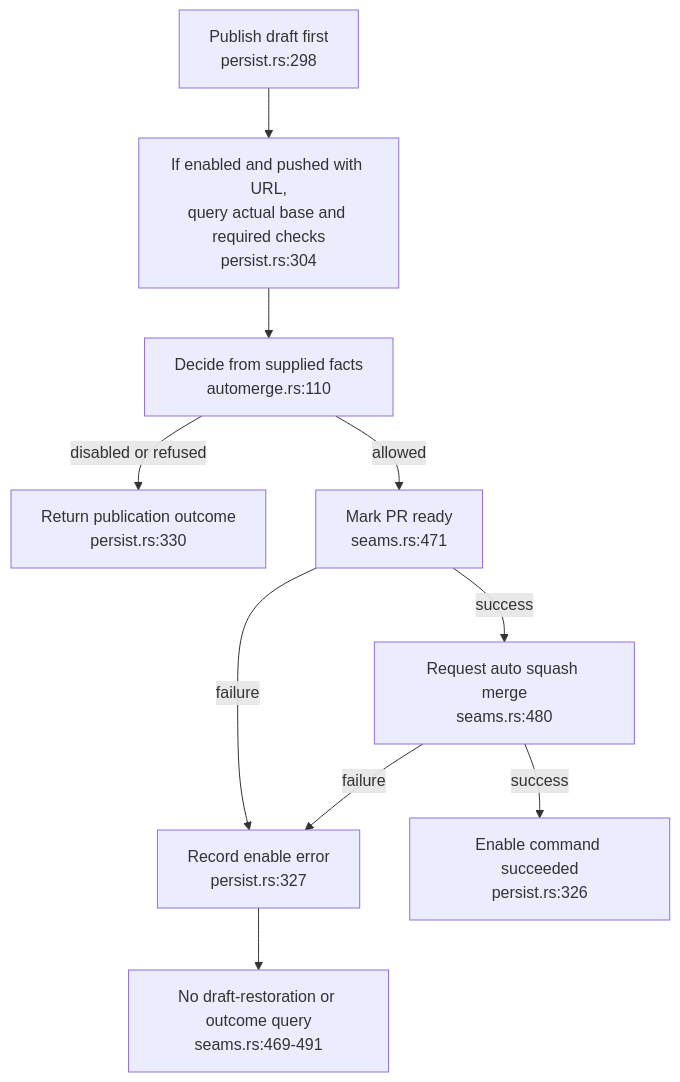
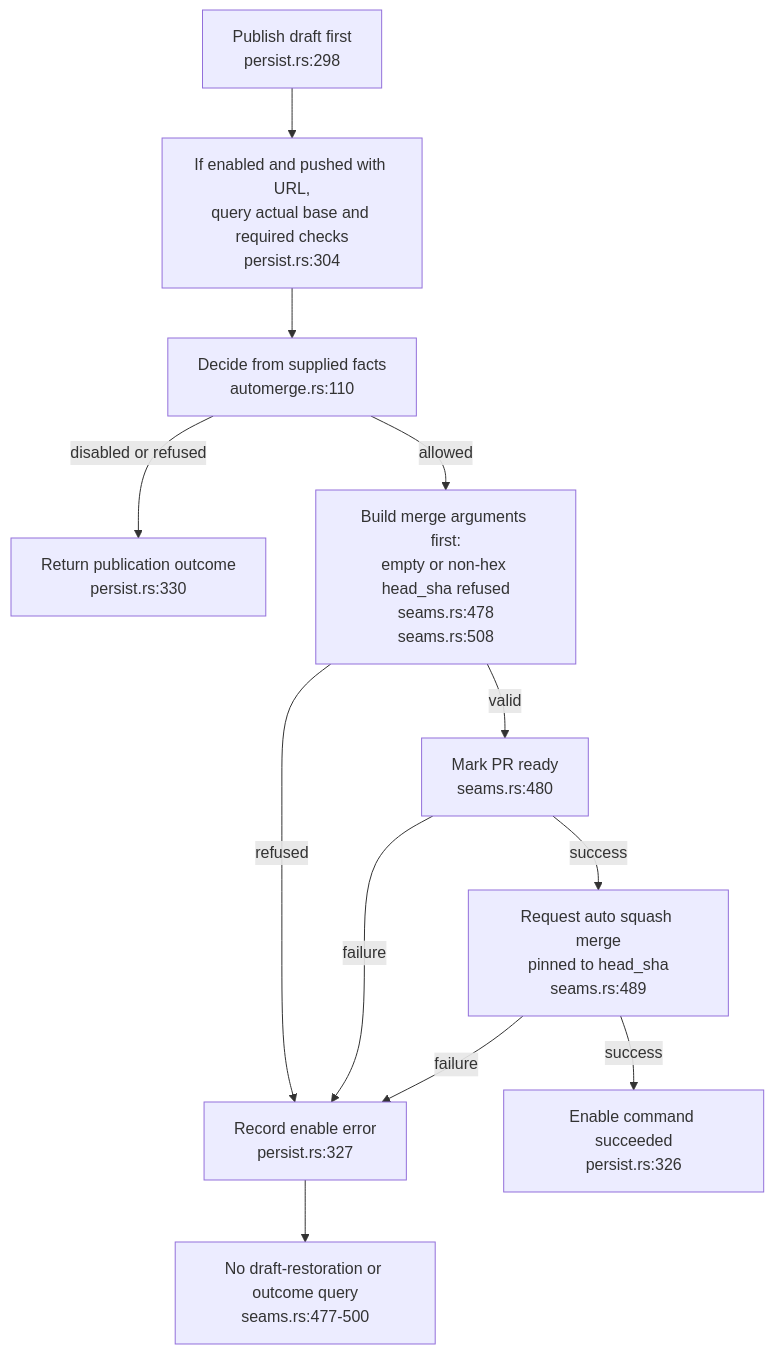
The second of 3 diagrams in docs/diagrams/dream-engine/04-forge-and-seam-contracts.md (DreamLab-AI/VisionFlow), drawn with Mermaid before and after one commit. The commit also changed other lines of this file and 8 other files, not shown here.

````diff
--- a/docs/diagrams/dream-engine/04-forge-and-seam-contracts.md
+++ b/docs/diagrams/dream-engine/04-forge-and-seam-contracts.md
@@ -43,12 +43,14 @@
 ```mermaid
 flowchart TB
     PUBLISH["Publish draft first<br/>persist.rs:298"] --> FACTS["If enabled and pushed with URL,<br/>query actual base and required checks<br/>persist.rs:304"]
     FACTS --> DECIDE["Decide from supplied facts<br/>automerge.rs:110"]
     DECIDE -->|"disabled or refused"| KEEP["Return publication outcome<br/>persist.rs:330"]
-    DECIDE -->|"allowed"| READY["Mark PR ready<br/>seams.rs:471"]
-    READY -->|"success"| MERGE["Request auto squash merge<br/>seams.rs:480"]
+    DECIDE -->|"allowed"| ARGS["Build merge arguments first:<br/>empty or non-hex head_sha refused<br/>seams.rs:478<br/>seams.rs:508"]
+    ARGS -->|"refused"| ERROR
+    ARGS -->|"valid"| READY["Mark PR ready<br/>seams.rs:480"]
+    READY -->|"success"| MERGE["Request auto squash merge<br/>pinned to head_sha<br/>seams.rs:489"]
     READY -->|"failure"| ERROR["Record enable error<br/>persist.rs:327"]
     MERGE -->|"failure"| ERROR
     MERGE -->|"success"| ENABLED["Enable command succeeded<br/>persist.rs:326"]
-    ERROR --> STATE["No draft-restoration or outcome query<br/>seams.rs:469-491"]
+    ERROR --> STATE["No draft-restoration or outcome query<br/>seams.rs:477-500"]
 ```
````
